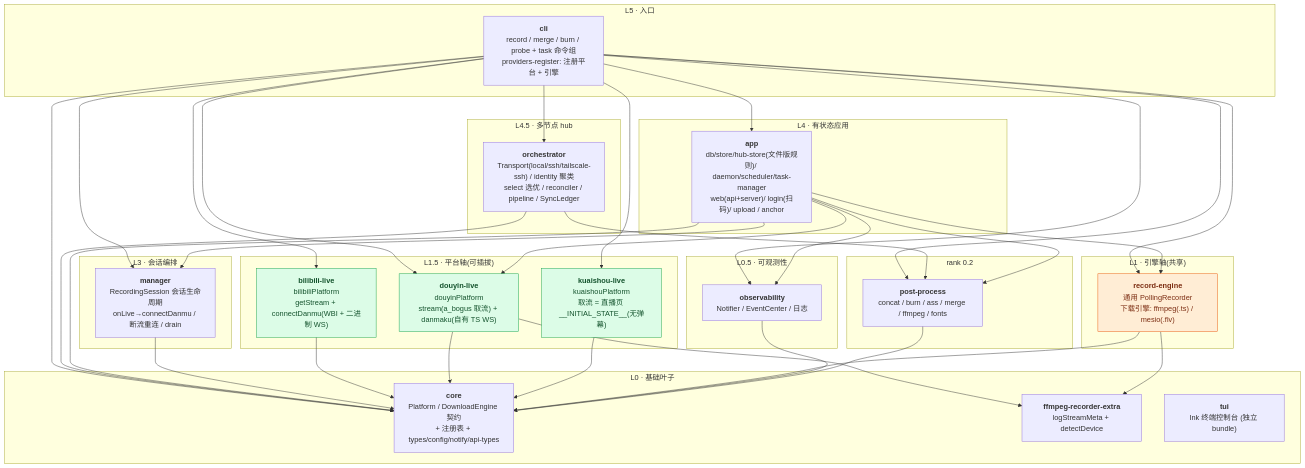
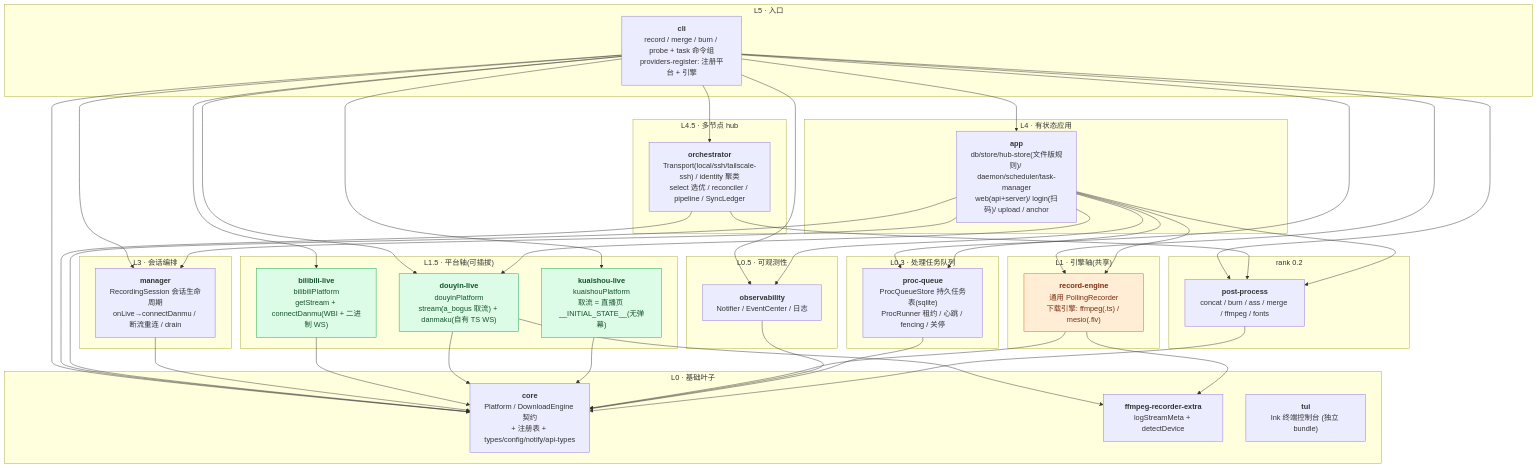
One commit to fuyucn/douyin-rec changed the first of 3 diagrams in docs/architecture.md. Above: the diagram before and after it, drawn with Mermaid. The commit also changed 25 other files, not shown here.

First line of the commit message:
feat(proc-queue): 新增 @drec/proc-queue 持久任务表与租约执行循环(#153)

````diff
--- a/docs/architecture.md
+++ b/docs/architecture.md
@@ -27,67 +27,73 @@
 ```mermaid
 flowchart TB
   subgraph L5["L5 · 入口"]
     cli["<b>cli</b><br/>record / merge / burn / probe + task 命令组<br/>providers-register: 注册平台 + 引擎"]
   end
   subgraph L45["L4.5 · 多节点 hub"]
     orch["<b>orchestrator</b><br/>Transport(local/ssh/tailscale-ssh) / identity 聚类<br/>select 选优 / reconciler / pipeline / SyncLedger"]
   end
   subgraph L4["L4 · 有状态应用"]
     app["<b>app</b><br/>db/store/hub-store(文件版规则)/ daemon/scheduler/task-manager<br/>web(api+server)/ login(扫码)/ upload / anchor"]
   end
   subgraph L3["L3 · 会话编排"]
     manager["<b>manager</b><br/>RecordingSession 会话生命周期<br/>onLive→connectDanmu / 断流重连 / drain"]
   end
   subgraph L15["L1.5 · 平台轴(可插拔)"]
     bilibili["<b>bilibili-live</b><br/>bilibiliPlatform<br/>getStream + connectDanmu(WBI + 二进制 WS)"]
     douyin["<b>douyin-live</b><br/>douyinPlatform<br/>stream(a_bogus 取流) + danmaku(自有 TS WS)"]
     kuaishou["<b>kuaishou-live</b><br/>kuaishouPlatform<br/>取流 = 直播页 __INITIAL_STATE__(无弹幕)"]
   end
   subgraph L1["L1 · 引擎轴(共享)"]
     engine["<b>record-engine</b><br/>通用 PollingRecorder<br/>下载引擎: ffmpeg(.ts) / mesio(.flv)"]
   end
   subgraph L05["L0.5 · 可观测性"]
     observ["<b>observability</b><br/>Notifier / EventCenter / 日志"]
   end
+  subgraph L03["L0.3 · 处理任务队列"]
+    procq["<b>proc-queue</b><br/>ProcQueueStore 持久任务表(sqlite)<br/>ProcRunner 租约 / 心跳 / fencing / 关停"]
+  end
   subgraph L02["rank 0.2"]
     post["<b>post-process</b><br/>concat / burn / ass / merge / ffmpeg / fonts"]
   end
   subgraph L0["L0 · 基础叶子"]
     core["<b>core</b><br/>Platform / DownloadEngine 契约<br/>+ 注册表 + types/config/notify/api-types"]
     extra["<b>ffmpeg-recorder-extra</b><br/>logStreamMeta + detectDevice"]
     tui["<b>tui</b><br/>Ink 终端控制台 (独立 bundle)"]
   end
 
   cli --> app
   cli --> bilibili
   cli --> core
   cli --> douyin
   cli --> kuaishou
   cli --> manager
   cli --> observ
   cli --> orch
   cli --> post
+  cli --> procq
   cli --> engine
   orch --> core
   orch --> post
   app --> core
   app --> douyin
   app --> manager
   app --> observ
   app --> post
+  app --> procq
   app --> engine
   manager --> core
   bilibili --> core
   douyin --> core
   douyin --> extra
   kuaishou --> core
   engine --> core
   engine --> extra
   observ --> core
+  procq --> core
   post --> core
 
   classDef axisPlat fill:#dcfce7,stroke:#16a34a,color:#14532d;
   classDef axisEng fill:#ffedd5,stroke:#ea580c,color:#7c2d12;
   class bilibili,douyin,kuaishou axisPlat;
   class engine axisEng;
 ```
````
